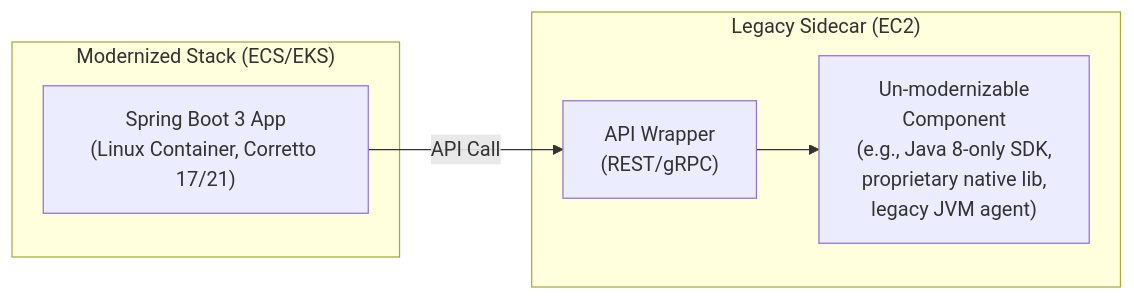
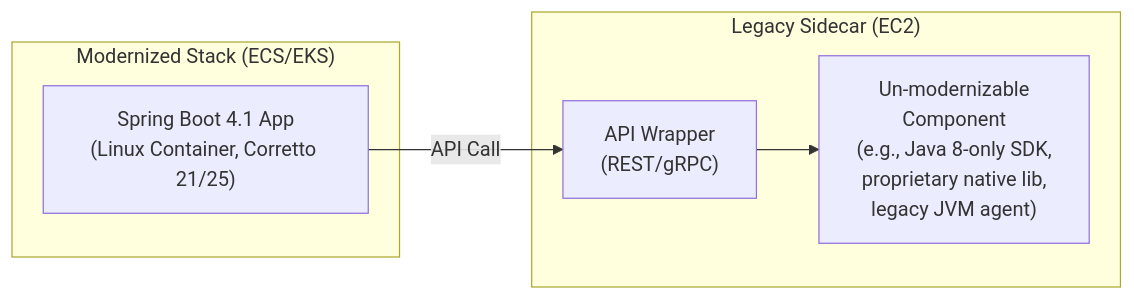
Before and after one commit to davidcslau/enterprise-modernization-analyzer: the second of 4 diagrams in steering/java-to-springboot.md, drawn with Mermaid. The commit also changed other lines of this file and 5 other files, not shown here.

First line of the commit message:
release: v4.0.0 — .NET 10 and Spring Boot 4.1 on Java 21/25

````diff
--- a/steering/java-to-springboot.md
+++ b/steering/java-to-springboot.md
@@ -685,12 +685,12 @@
 ```mermaid
 flowchart LR
     subgraph Modern["Modernized Stack (ECS/EKS)"]
-        App["Spring Boot 3 App<br/>(Linux Container, Corretto 17/21)"]
+        App["Spring Boot 4.1 App<br/>(Linux Container, Corretto 21/25)"]
     end
     subgraph Legacy["Legacy Sidecar (EC2)"]
         Wrapper["API Wrapper<br/>(REST/gRPC)"]
         Component["Un-modernizable<br/>Component<br/>(e.g., Java 8-only SDK,<br/>proprietary native lib,<br/>legacy JVM agent)"]
         Wrapper --> Component
     end
     App -- "API Call" --> Wrapper
 ```
````
